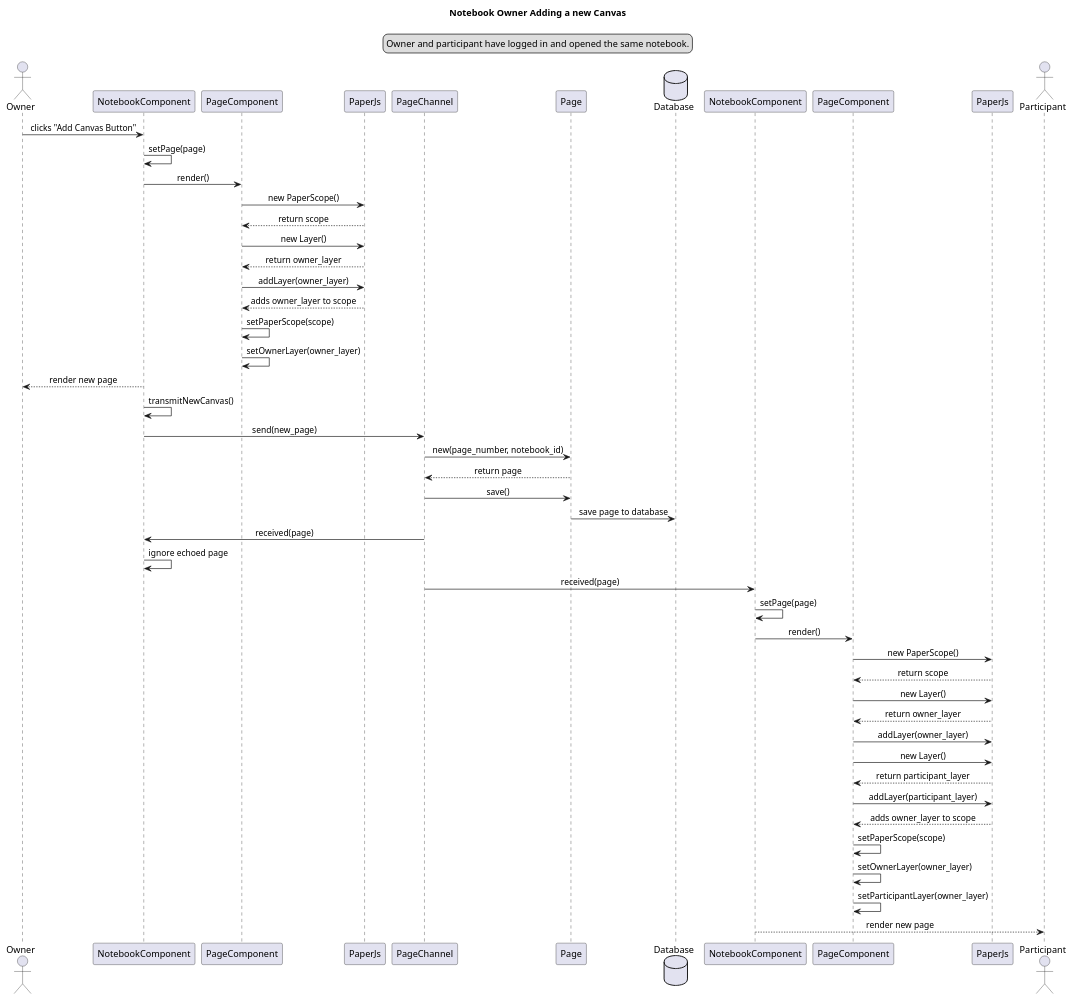
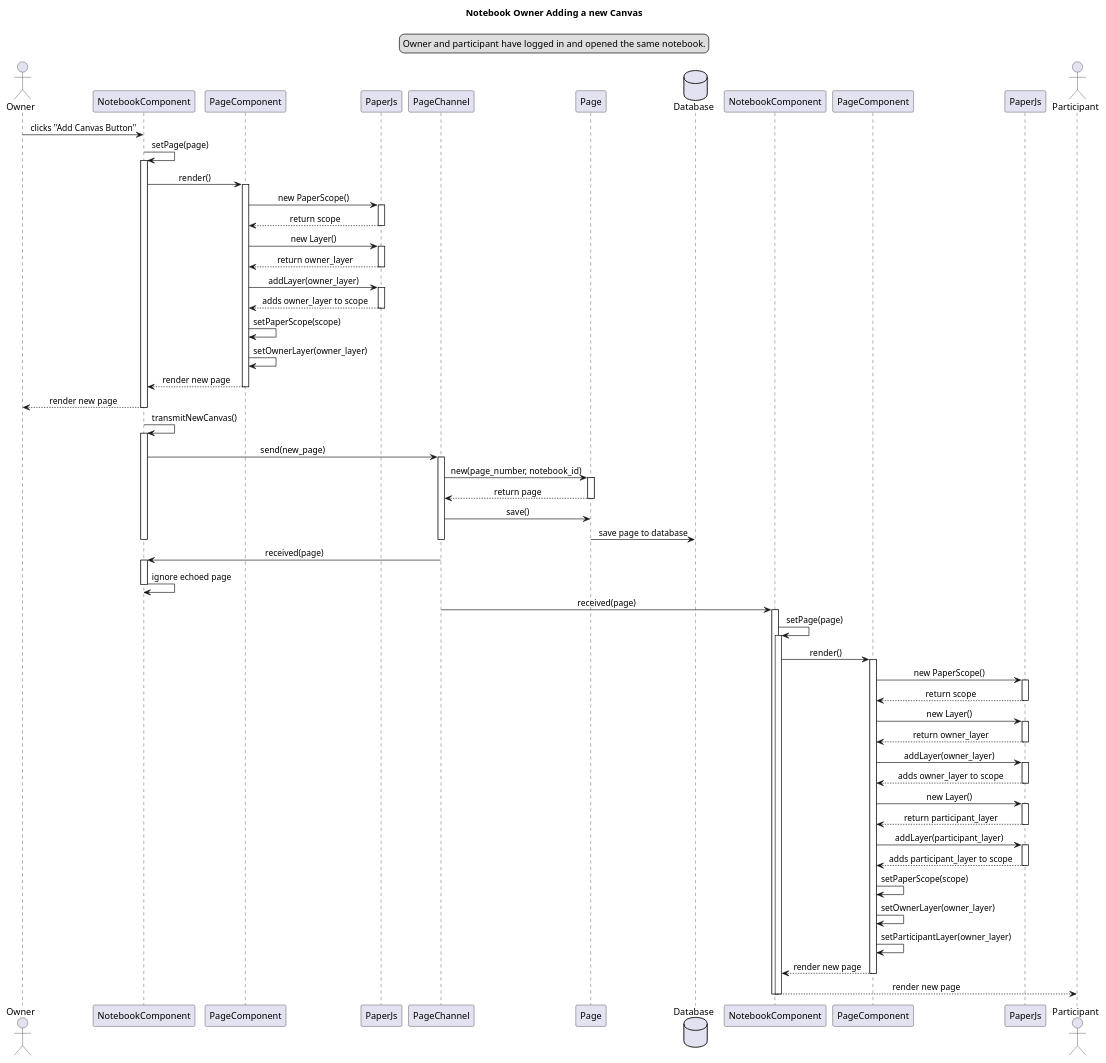
One commit to calebschoepp/canvasync changed the diagram in docs/preliminary_design/owner_add_new_canvas.plantuml. Above: the diagram before and after it, drawn with PlantUML. The commit also changed 14 other files, not shown here.

```diff
--- a/docs/preliminary_design/owner_add_new_canvas.plantuml
+++ b/docs/preliminary_design/owner_add_new_canvas.plantuml
@@ -1,64 +1,101 @@
 @startuml Notebook Owner Adding a new Canvas
 title Notebook Owner Adding a new Canvas
 skinparam sequenceMessageAlign center
 legend top
 Owner and participant have logged in and opened the same notebook.
 endlegend
 
 actor Owner as owner
 participant NotebookComponent as onc
 participant PageComponent as opc
 participant PaperJs as opjs
 participant PageChannel as pch
 participant Page as pm
 database Database as db
 participant NotebookComponent as pnc
 participant PageComponent as ppc
 participant PaperJs as ppjs
 actor Participant as partic
 
 owner -> onc : clicks "Add Canvas Button"
 onc -> onc : setPage(page)
+activate onc
 
 onc -> opc : render()
+activate opc
 opc -> opjs : new PaperScope()
+activate opjs
 opc <-- opjs : return scope
+deactivate opjs
 opc -> opjs : new Layer()
+activate opjs
 opc <-- opjs : return owner_layer
+deactivate opjs
 opc -> opjs : addLayer(owner_layer)
+activate opjs
 opc <-- opjs : adds owner_layer to scope
+deactivate opjs
 opc -> opc : setPaperScope(scope)
 opc -> opc : setOwnerLayer(owner_layer)
+onc <-- opc : render new page
+deactivate opc
 
 owner <-- onc : render new page
+deactivate onc
 
 onc -> onc : transmitNewCanvas()
+activate onc
 onc -> pch : send(new_page)
+activate pch
 pch -> pm : new(page_number, notebook_id)
+activate pm
 pch <-- pm : return page
+deactivate pm
 pch -> pm : save()
 pm -> db : save page to database
+deactivate pch
+deactivate onc
 
 pch -> onc : received(page)
+activate onc
 onc -> onc : ignore echoed page
+deactivate onc
 
 pch -> pnc : received(page)
+activate pnc
 pnc -> pnc : setPage(page)
+activate pnc
 
 pnc -> ppc : render()
+activate ppc
 ppc -> ppjs : new PaperScope()
+activate ppjs
 ppc <-- ppjs : return scope
+deactivate ppjs
 ppc -> ppjs : new Layer()
+activate ppjs
 ppc <-- ppjs : return owner_layer
+deactivate ppjs
 ppc -> ppjs : addLayer(owner_layer)
+activate ppjs
+ppc <-- ppjs : adds owner_layer to scope
+deactivate ppjs
 ppc -> ppjs : new Layer()
+activate ppjs
 ppc <-- ppjs : return participant_layer
+deactivate ppjs
 ppc -> ppjs : addLayer(participant_layer)
-ppc <-- ppjs : adds owner_layer to scope
+activate ppjs
+ppc <-- ppjs : adds participant_layer to scope
+deactivate ppjs
 ppc -> ppc : setPaperScope(scope)
 ppc -> ppc : setOwnerLayer(owner_layer)
 ppc -> ppc : setParticipantLayer(owner_layer)
+pnc <-- ppc : render new page
+deactivate ppc
 
 partic <-- pnc : render new page
+deactivate pnc
+deactivate pnc
 
 @enduml
```
